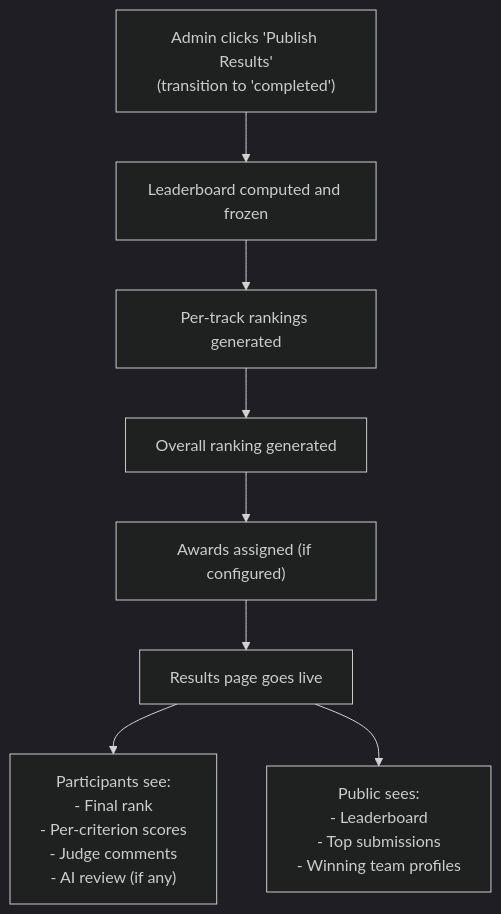
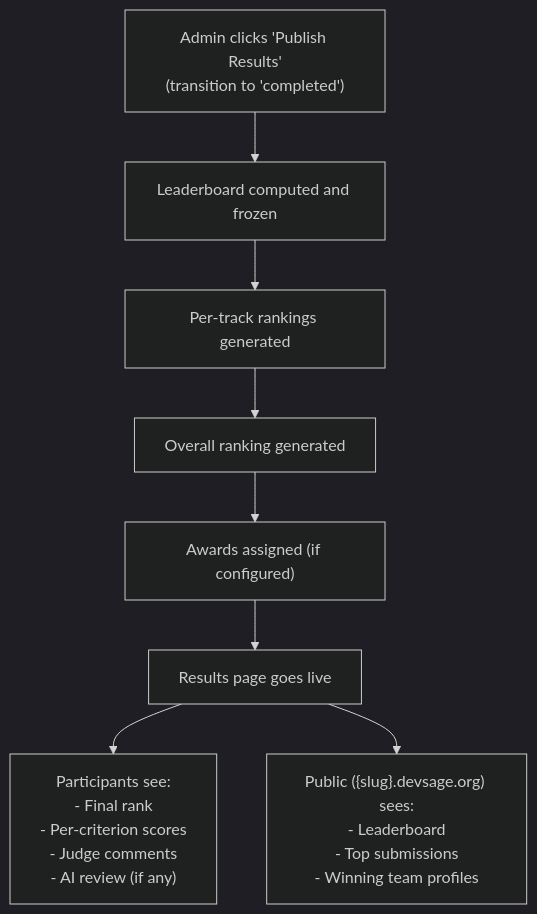
The tenth of 11 diagrams in docs/v3/planned/judging.md (devangshupandey2025-stack/DevSage), drawn with Mermaid (dark theme) before and after one commit. The commit also changed other lines of this file, not shown here.

````diff
--- a/docs/v3/planned/judging.md
+++ b/docs/v3/planned/judging.md
@@ -698,11 +637,11 @@
 ```mermaid
 flowchart TD
     A["Admin clicks 'Publish Results'<br/>(transition to 'completed')"] --> B["Leaderboard computed and frozen"]
     B --> C["Per-track rankings generated"]
     C --> D["Overall ranking generated"]
     D --> E["Awards assigned (if configured)"]
     E --> F["Results page goes live"]
 
     F --> G["Participants see:<br/>- Final rank<br/>- Per-criterion scores<br/>- Judge comments<br/>- AI review (if any)"]
-    F --> H["Public sees:<br/>- Leaderboard<br/>- Top submissions<br/>- Winning team profiles"]
+    F --> H["Public ({slug}.devsage.org) sees:<br/>- Leaderboard<br/>- Top submissions<br/>- Winning team profiles"]
 ```
````
